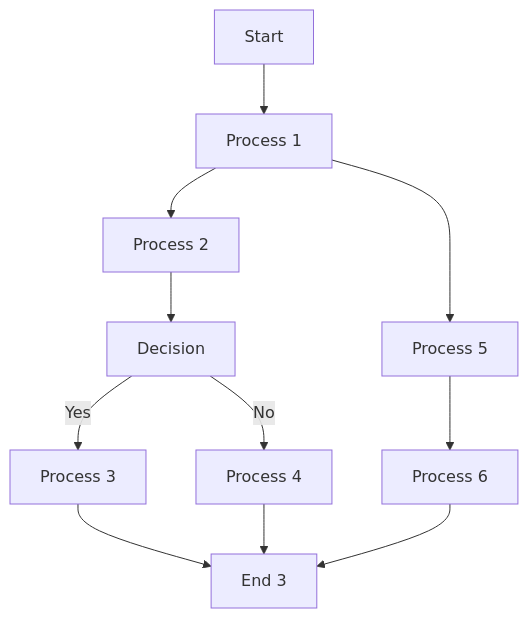
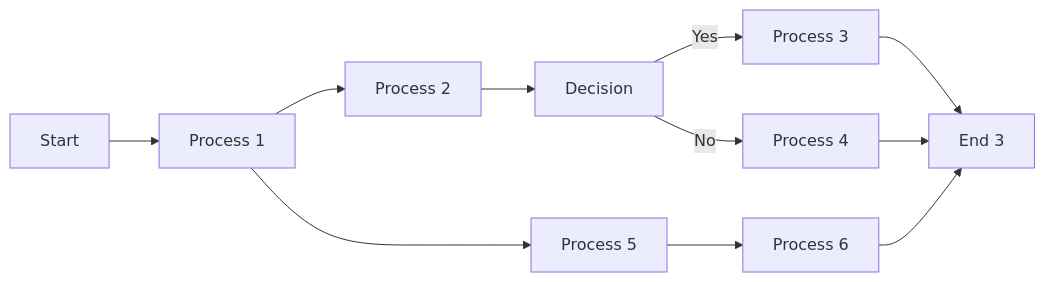
Before and after one commit to Ramzgate/node_setup: the diagram in ubuntu_os.md, drawn with Mermaid.

Commit message:
ubuntu install instructions

````diff
--- a/ubuntu_os.md
+++ b/ubuntu_os.md
@@ -64,13 +64,13 @@
 ```mermaid
-graph TD
+graph LR
   A[Start] --> B[Process 1]
   B --> C[Process 2]
   C --> D[Decision]
   D -- Yes --> E[Process 3]
   D -- No --> F[Process 4]
   E --> G[End 1]
   F --> G[End 2]
   B --> H[Process 5]
   H --> I[Process 6]
   I --> G[End 3]
 ```
````
